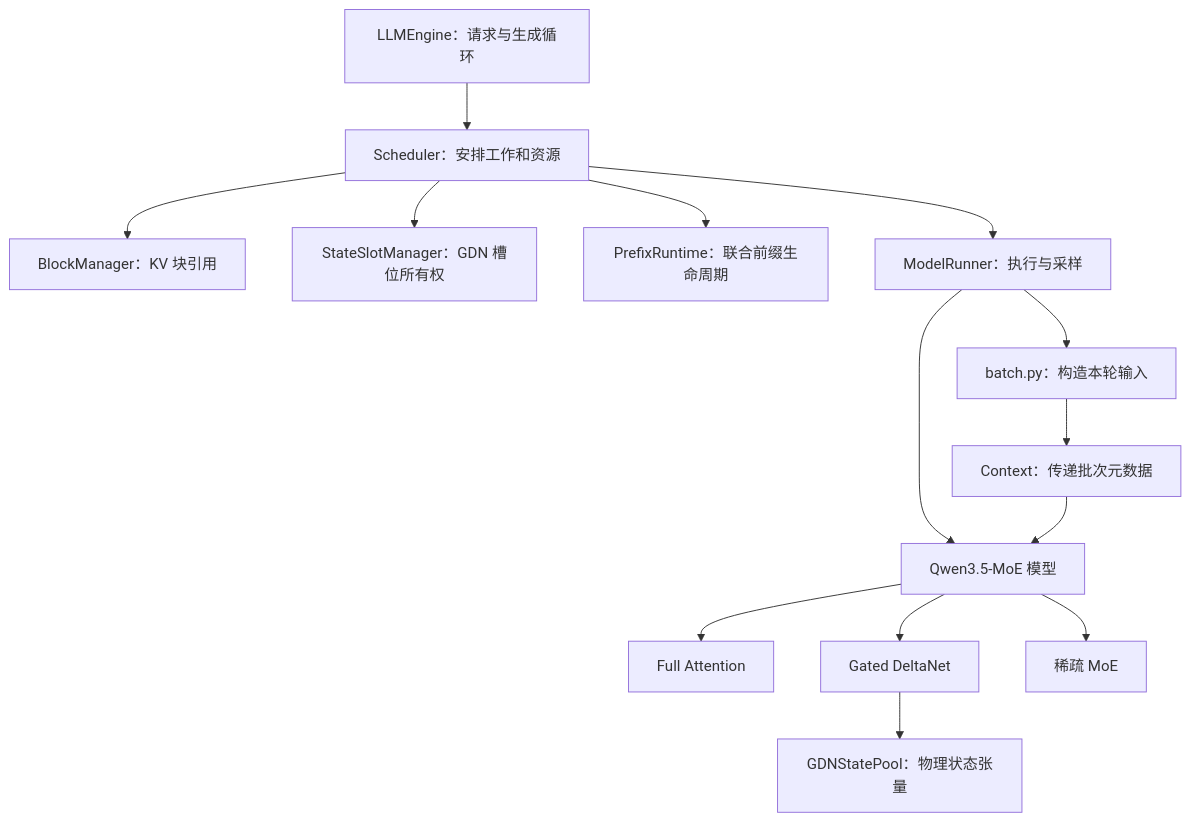
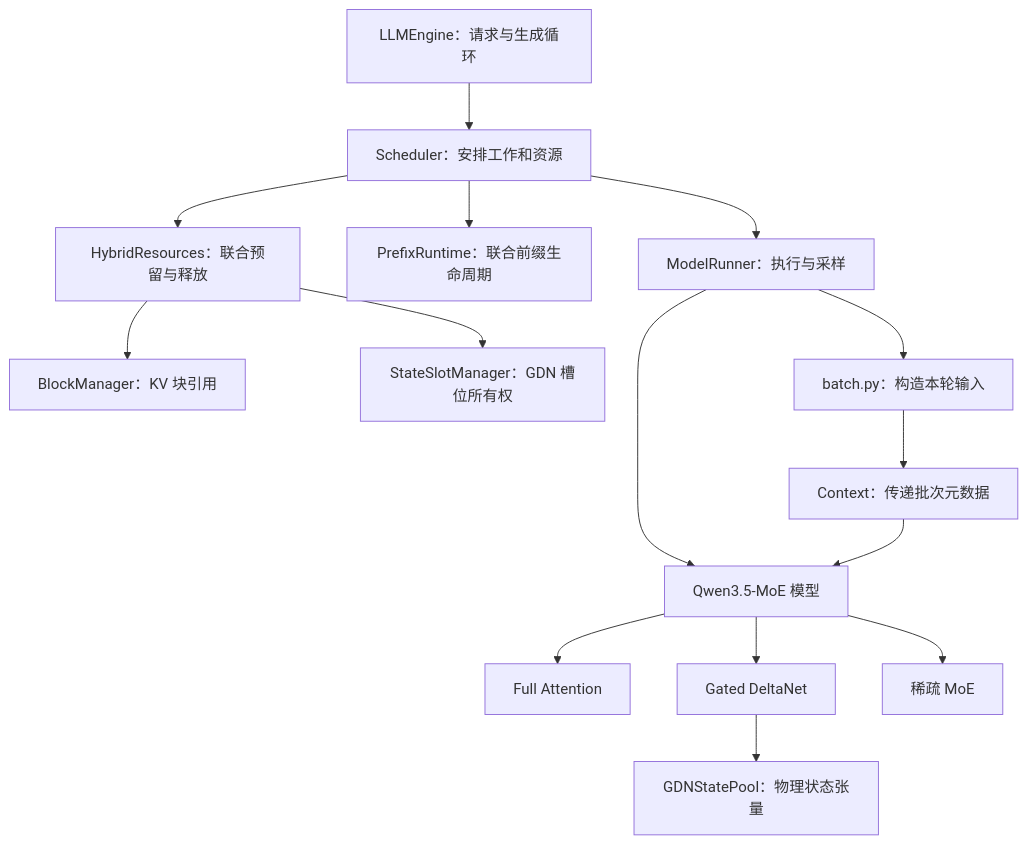
The diagram in docs/01_qwen35_hybrid_runtime.md (Hg-Spark/nano-vllm), drawn with Mermaid before and after one commit. The commit also changed other lines of this file and 28 other files, not shown here.

````diff
--- a/docs/01_qwen35_hybrid_runtime.md
+++ b/docs/01_qwen35_hybrid_runtime.md
@@ -124,16 +125,17 @@
 ```mermaid
 flowchart TD
     A[LLMEngine：请求与生成循环] --> B[Scheduler：安排工作和资源]
-    B --> C[BlockManager：KV 块引用]
-    B --> D[StateSlotManager：GDN 槽位所有权]
+    B --> R[HybridResources：联合预留与释放]
+    R --> C[BlockManager：KV 块引用]
+    R --> D[StateSlotManager：GDN 槽位所有权]
     B --> E[PrefixRuntime：联合前缀生命周期]
     B --> F[ModelRunner：执行与采样]
     F --> G[batch.py：构造本轮输入]
     G --> H[Context：传递批次元数据]
     F --> I[Qwen3.5-MoE 模型]
     H --> I
     I --> J[Full Attention]
     I --> K[Gated DeltaNet]
     K --> L[GDNStatePool：物理状态张量]
     I --> M[稀疏 MoE]
 ```
````
